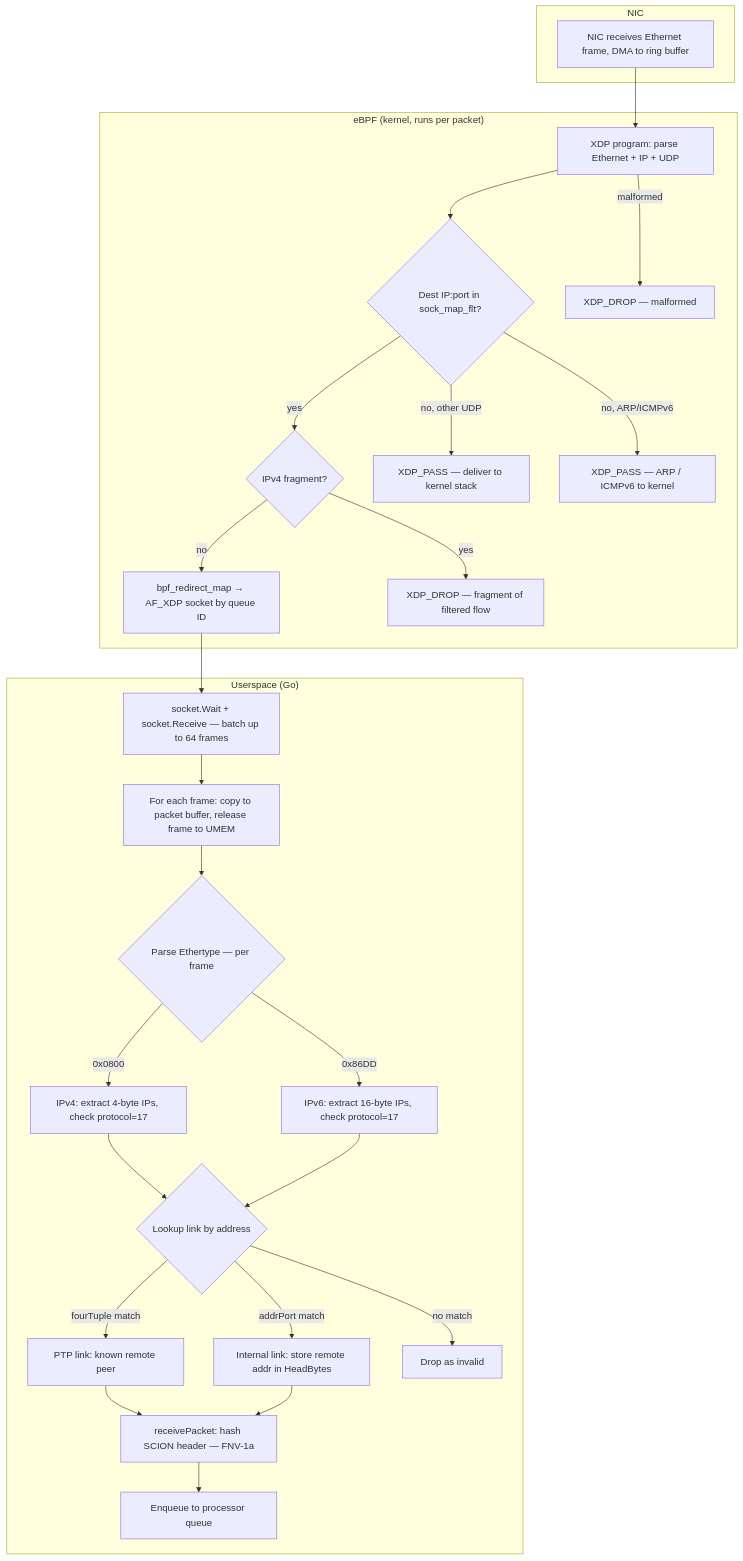
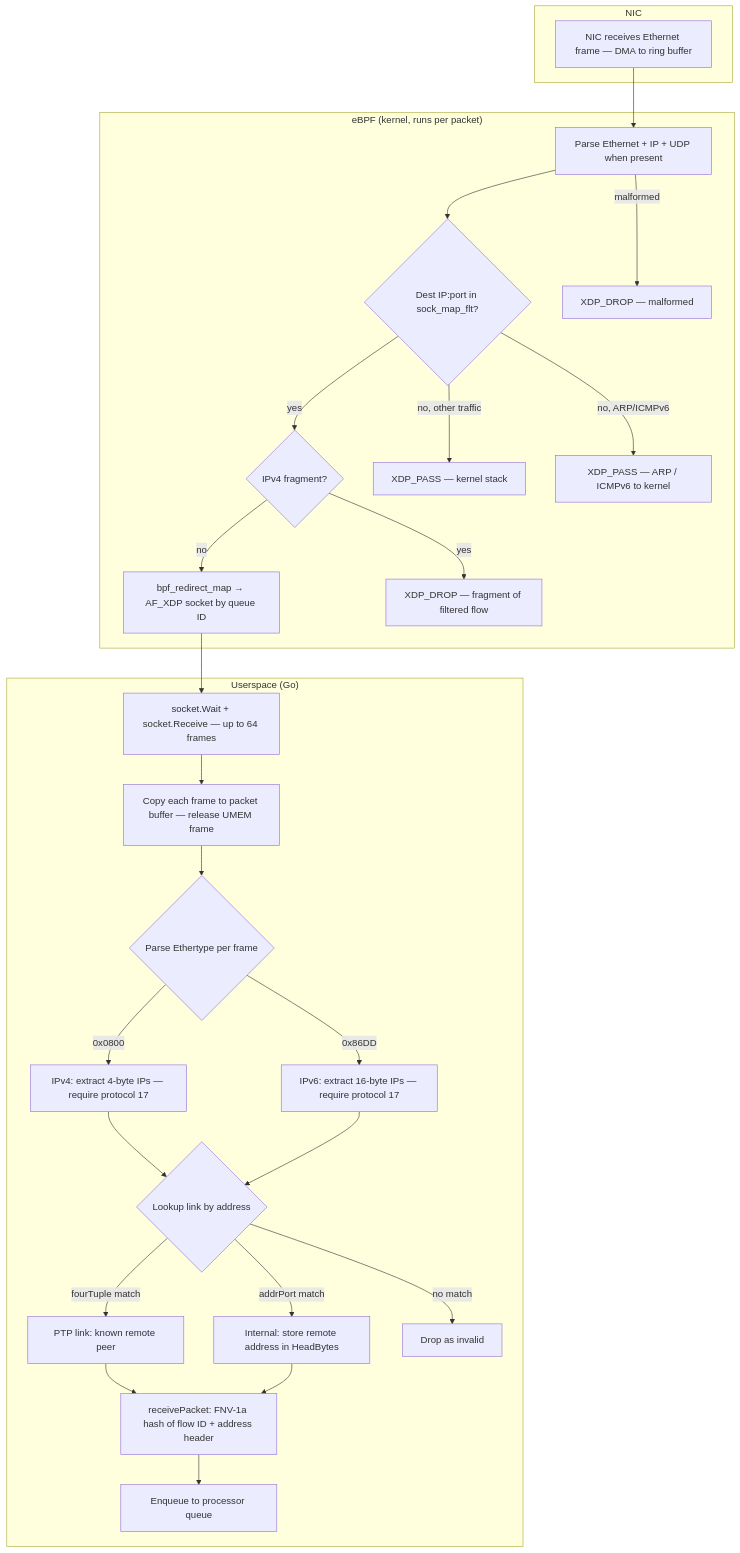
One commit to scionproto/scion changed the first of 3 diagrams in router/underlayproviders/afxdpudpip/README.md. Above: the diagram before and after it, drawn with Mermaid. The commit also changed other lines of this file and 6 other files, not shown here.

````diff
--- a/router/underlayproviders/afxdpudpip/README.md
+++ b/router/underlayproviders/afxdpudpip/README.md
@@ -44,52 +35,52 @@
 ```mermaid
 flowchart TD
     subgraph NIC
-        A[NIC receives Ethernet frame, DMA to ring buffer]
+        A[NIC receives Ethernet frame — DMA to ring buffer]
     end
 
     subgraph eBPF ["eBPF (kernel, runs per packet)"]
-        B[XDP program: parse Ethernet + IP + UDP]
+        B[Parse Ethernet + IP + UDP when present]
         BF{IPv4 fragment?}
         C{Dest IP:port in sock_map_flt?}
-        D[XDP_PASS — deliver to kernel stack]
+        D[XDP_PASS — kernel stack]
         E[bpf_redirect_map → AF_XDP socket by queue ID]
         F[XDP_PASS — ARP / ICMPv6 to kernel]
         G[XDP_DROP — malformed]
         GF[XDP_DROP — fragment of filtered flow]
     end
 
     subgraph Userspace ["Userspace (Go)"]
-        H[socket.Wait + socket.Receive — batch up to 64 frames]
-        I[For each frame: copy to packet buffer, release frame to UMEM]
-        J{Parse Ethertype — per frame}
-        K[IPv4: extract 4-byte IPs, check protocol=17]
-        L[IPv6: extract 16-byte IPs, check protocol=17]
+        H[socket.Wait + socket.Receive — up to 64 frames]
+        I[Copy each frame to packet buffer — release UMEM frame]
+        J{Parse Ethertype per frame}
+        K[IPv4: extract 4-byte IPs — require protocol 17]
+        L[IPv6: extract 16-byte IPs — require protocol 17]
         M{Lookup link by address}
         N[PTP link: known remote peer]
-        O[Internal link: store remote addr in HeadBytes]
+        O[Internal: store remote address in HeadBytes]
         P[Drop as invalid]
-        Q[receivePacket: hash SCION header — FNV-1a]
+        Q[receivePacket: FNV-1a hash of flow ID + address header]
         R[Enqueue to processor queue]
     end
 
     A --> B
     B --> C
     C -->|yes| BF
     C -->|no, ARP/ICMPv6| F
-    C -->|no, other UDP| D
+    C -->|no, other traffic| D
     BF -->|no| E
     BF -->|yes| GF
     B -->|malformed| G
     E --> H
     H --> I --> J
     J -->|0x0800| K
     J -->|0x86DD| L
     K --> M
     L --> M
     M -->|fourTuple match| N
     M -->|addrPort match| O
     M -->|no match| P
     N --> Q
     O --> Q
     Q --> R
 ```
````
